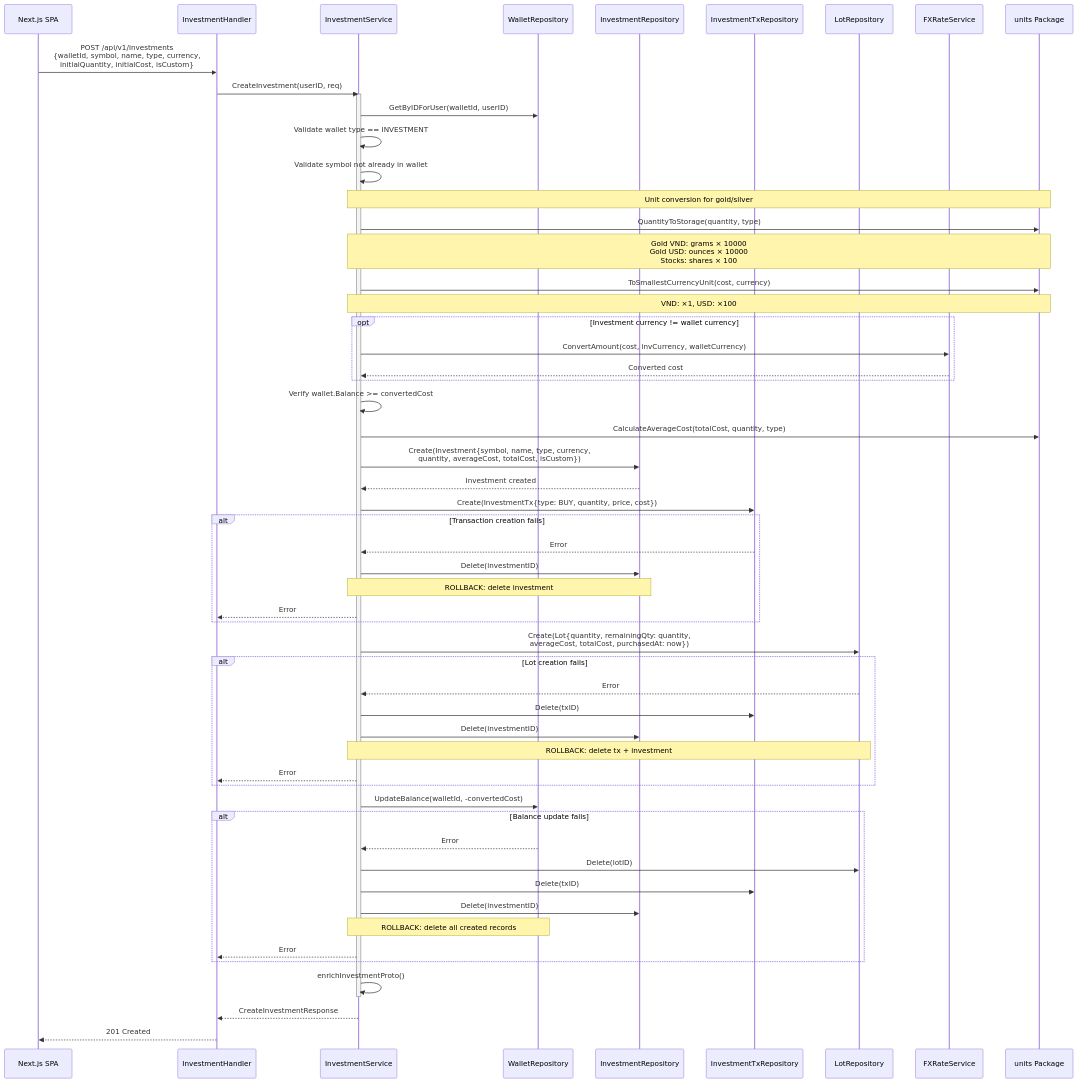
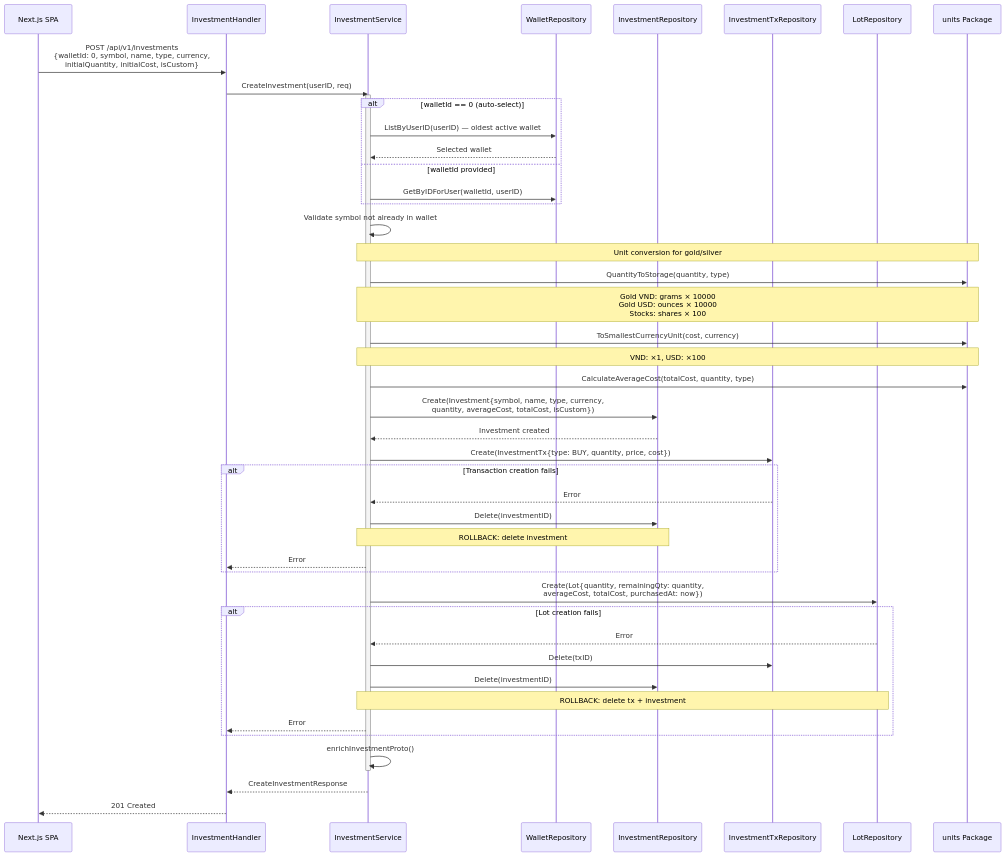
One commit to khanhnq1406/wealth-journey changed the first of 8 diagrams in docs/architecture/flow-investment.md. Above: the diagram before and after it, drawn with Mermaid. The commit also changed other lines of this file and 4 other files, not shown here.

First line of the commit message:
docs(architecture): update C4 and flow diagrams for investment-wallet decoupling

````diff
--- a/docs/architecture/flow-investment.md
+++ b/docs/architecture/flow-investment.md
@@ -22,72 +22,59 @@
 ```mermaid
 sequenceDiagram
     participant SPA as Next.js SPA
     participant H as InvestmentHandler
     participant IS as InvestmentService
     participant WR as WalletRepository
     participant IR as InvestmentRepository
     participant ITR as InvestmentTxRepository
     participant LR as LotRepository
-    participant FX as FXRateService
     participant Units as units Package
 
-    SPA->>H: POST /api/v1/investments<br/>{walletId, symbol, name, type, currency,<br/>initialQuantity, initialCost, isCustom}
+    SPA->>H: POST /api/v1/investments<br/>{walletId: 0, symbol, name, type, currency,<br/>initialQuantity, initialCost, isCustom}
     H->>IS: CreateInvestment(userID, req)
 
     activate IS
-    IS->>WR: GetByIDForUser(walletId, userID)
-    IS->>IS: Validate wallet type == INVESTMENT
+
+    alt walletId == 0 (auto-select)
+        IS->>WR: ListByUserID(userID) — oldest active wallet
+        WR-->>IS: Selected wallet
+    else walletId provided
+        IS->>WR: GetByIDForUser(walletId, userID)
+    end
 
     IS->>IS: Validate symbol not already in wallet
 
     Note over IS,Units: Unit conversion for gold/silver
     IS->>Units: QuantityToStorage(quantity, type)
     Note over IS,Units: Gold VND: grams × 10000<br/>Gold USD: ounces × 10000<br/>Stocks: shares × 100
     IS->>Units: ToSmallestCurrencyUnit(cost, currency)
     Note over IS,Units: VND: ×1, USD: ×100
-
-    opt Investment currency != wallet currency
-        IS->>FX: ConvertAmount(cost, invCurrency, walletCurrency)
-        FX-->>IS: Converted cost
-    end
-
-    IS->>IS: Verify wallet.Balance >= convertedCost
 
     IS->>Units: CalculateAverageCost(totalCost, quantity, type)
 
     IS->>IR: Create(Investment{symbol, name, type, currency,<br/>quantity, averageCost, totalCost, isCustom})
     IR-->>IS: Investment created
 
     IS->>ITR: Create(InvestmentTx{type: BUY, quantity, price, cost})
     alt Transaction creation fails
         ITR-->>IS: Error
         IS->>IR: Delete(investmentID)
         Note over IS,IR: ROLLBACK: delete investment
         IS-->>H: Error
     end
 
     IS->>LR: Create(Lot{quantity, remainingQty: quantity,<br/>averageCost, totalCost, purchasedAt: now})
     alt Lot creation fails
         LR-->>IS: Error
         IS->>ITR: Delete(txID)
         IS->>IR: Delete(investmentID)
         Note over IS,LR: ROLLBACK: delete tx + investment
         IS-->>H: Error
     end
 
-    IS->>WR: UpdateBalance(walletId, -convertedCost)
-    alt Balance update fails
-        WR-->>IS: Error
-        IS->>LR: Delete(lotID)
-        IS->>ITR: Delete(txID)
-        IS->>IR: Delete(investmentID)
-        Note over IS,WR: ROLLBACK: delete all created records
-        IS-->>H: Error
-    end
-
     IS->>IS: enrichInvestmentProto()
     deactivate IS
 
     IS-->>H: CreateInvestmentResponse
     H-->>SPA: 201 Created
 ```
````
